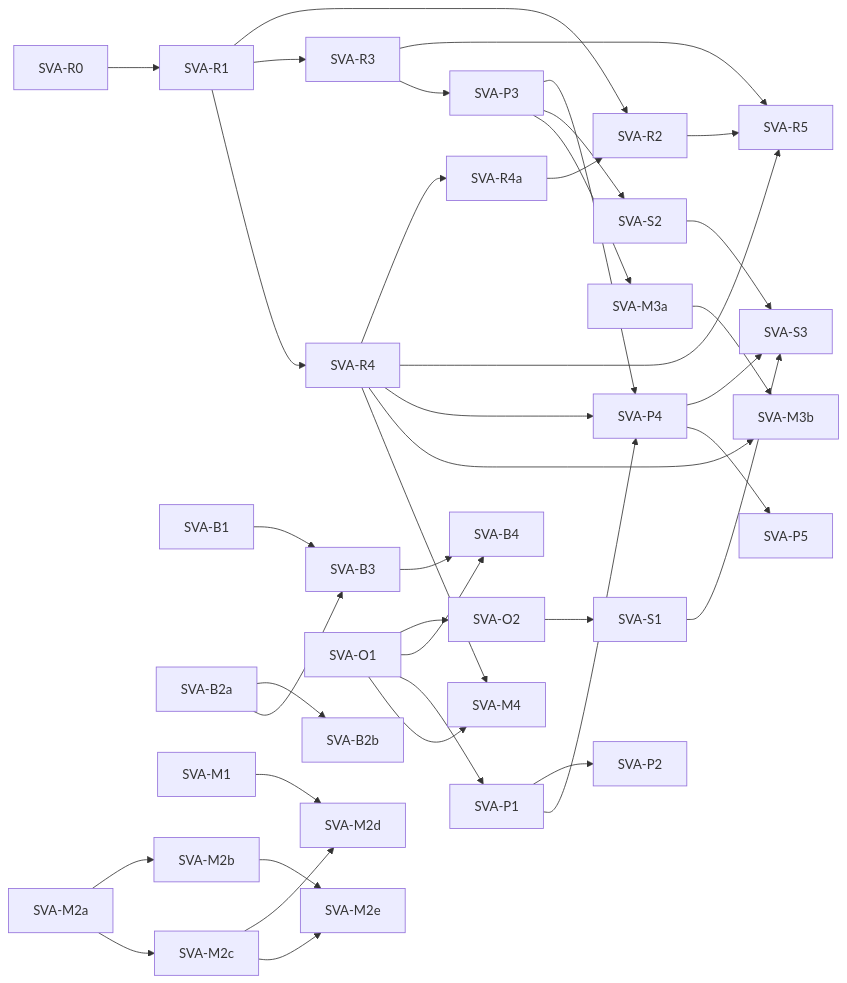
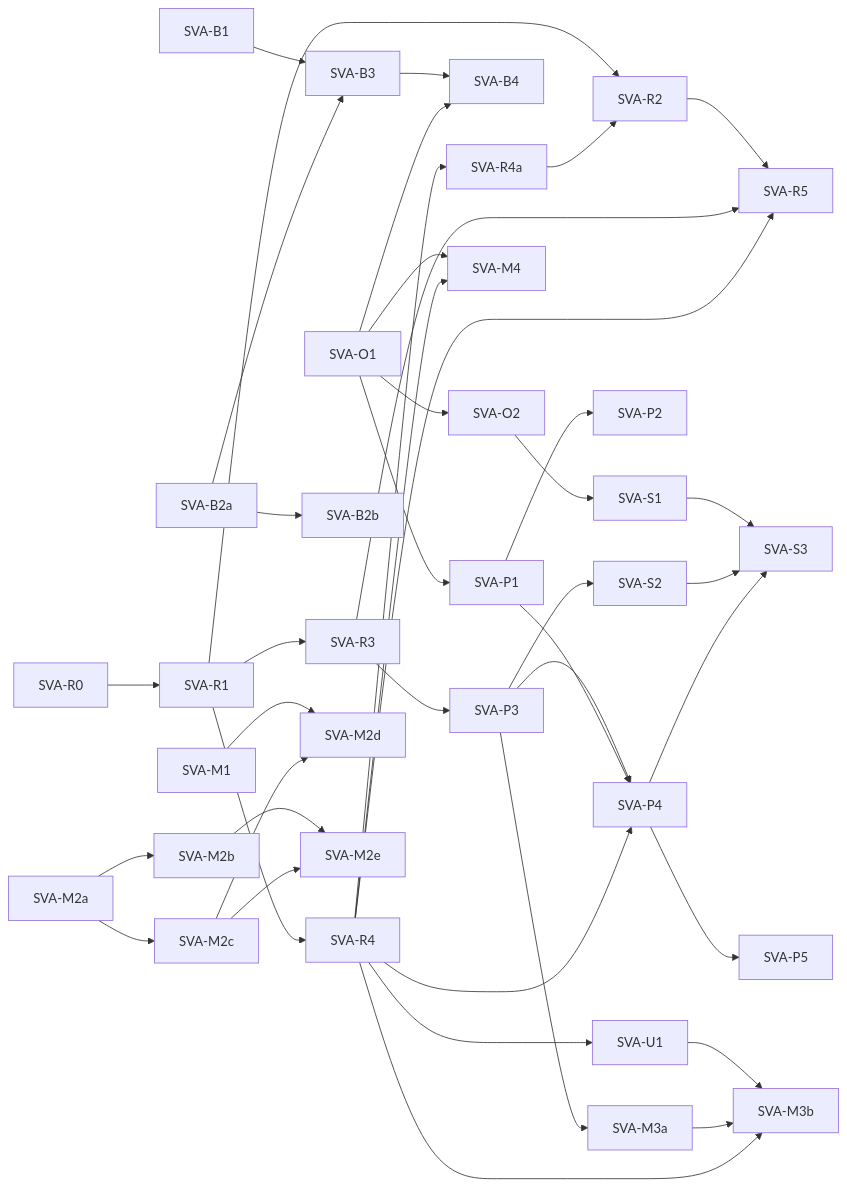
Before and after one commit to nebularis/lattice: the diagram in docs/developer/plans/studio-visual-authoring.md, drawn with Mermaid. The commit also changed other lines of this file and 2 other files, not shown here.

Commit message:
[studio-visual-authoring] Add SVA-U1, columns the author collapses and resizes, and mark it building
The maintainer asked for it on seeing the run pane beside the mapping tree. SVA-R4a follows it, before the service is built against the runs contract.

Placement: T0
AI-Content: substantial
Claude-Session: https://claude.ai/code/session_01EXdYTEN2rZ5y6mccYbTPMa

````diff
--- a/docs/developer/plans/studio-visual-authoring.md
+++ b/docs/developer/plans/studio-visual-authoring.md
@@ -131,41 +132,43 @@
 ```mermaid
 flowchart LR
     R0["SVA-R0"] --> R1["SVA-R1"]
     R1 --> R2["SVA-R2"]
     R1 --> R3["SVA-R3"]
     R1 --> R4["SVA-R4"]
     R4 --> R4a["SVA-R4a"]
+    R4 --> U1["SVA-U1"]
+    U1 --> M3b
     R4a --> R2
     R2 --> R5["SVA-R5"]
     R3 --> R5
     R4 --> R5
     B1["SVA-B1"] --> B3["SVA-B3"]
     B2a["SVA-B2a"] --> B2b["SVA-B2b"]
     B2a --> B3
     B3 --> B4["SVA-B4"]
     O1["SVA-O1"] --> O2["SVA-O2"]
     O1 --> B4
     O1 --> P1["SVA-P1"]
     O1 --> M4["SVA-M4"]
     O2 --> S1["SVA-S1"]
     P1 --> P2["SVA-P2"]
     R3 --> P3["SVA-P3"]
     P3 --> P4["SVA-P4"]
     P1 --> P4
     R4 --> P4
     P3 --> S2["SVA-S2"]
     S1 --> S3["SVA-S3"]
     S2 --> S3
     P4 --> S3
     P4 --> P5["SVA-P5"]
     M1["SVA-M1"] --> M2d["SVA-M2d"]
     M2a["SVA-M2a"] --> M2b["SVA-M2b"]
     M2a --> M2c["SVA-M2c"]
     M2c --> M2d
     M2b --> M2e["SVA-M2e"]
     M2c --> M2e
     P3 --> M3a["SVA-M3a"]
     M3a --> M3b["SVA-M3b"]
     R4 --> M3b
     R4 --> M4
 ```
````
